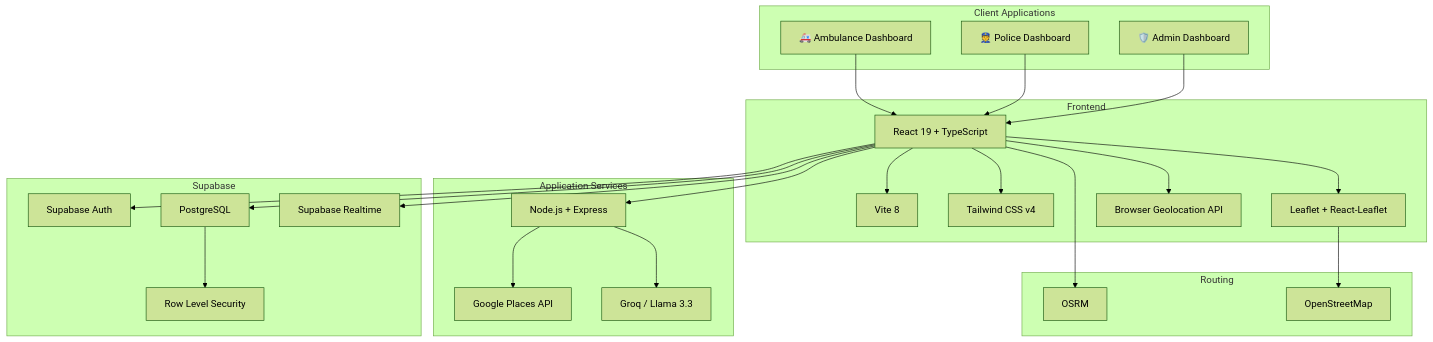
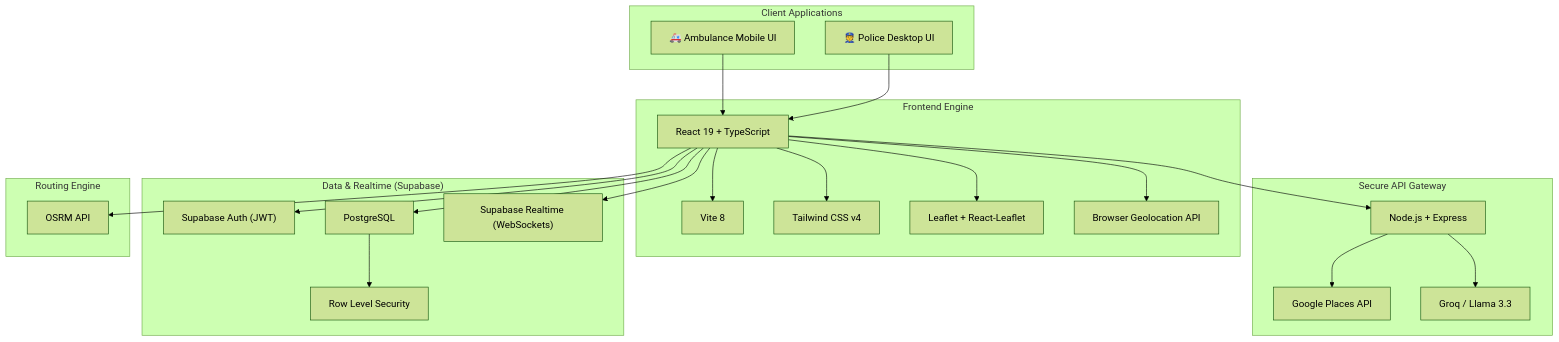
One commit to Yashr4635/AERO changed the second of 3 diagrams in README.md. Above: the diagram before and after it, drawn with Mermaid (forest theme). The commit also changed other lines of this file, not shown here.

````diff
--- a/README.md
+++ b/README.md
@@ -246,55 +111,51 @@
 ```mermaid
 flowchart TB
     subgraph CLIENT["Client Applications"]
-        AMB["🚑 Ambulance Dashboard"]
-        POL["👮 Police Dashboard"]
-        ADM["🛡️ Admin Dashboard"]
+        AMB["🚑 Ambulance Mobile UI"]
+        POL["👮 Police Desktop UI"]
     end
 
-    subgraph FRONTEND["Frontend"]
+    subgraph FRONTEND["Frontend Engine"]
         REACT["React 19 + TypeScript"]
         VITE["Vite 8"]
         TAILWIND["Tailwind CSS v4"]
         MAP["Leaflet + React-Leaflet"]
         GPS["Browser Geolocation API"]
     end
 
-    subgraph SERVER["Application Services"]
+    subgraph SERVER["Secure API Gateway"]
         EXPRESS["Node.js + Express"]
         PLACES["Google Places API"]
         GROQ["Groq / Llama 3.3"]
     end
 
-    subgraph SUPABASE["Supabase"]
-        AUTH["Supabase Auth"]
+    subgraph BACKEND["Data & Realtime (Supabase)"]
+        AUTH["Supabase Auth (JWT)"]
         DB["PostgreSQL"]
         RLS["Row Level Security"]
-        REALTIME["Supabase Realtime"]
+        REALTIME["Supabase Realtime (WebSockets)"]
     end
 
-    subgraph ROUTING["Routing"]
-        OSRM["OSRM"]
-        OSM["OpenStreetMap"]
+    subgraph ROUTING["Routing Engine"]
+        OSRM["OSRM API"]
     end
 
     AMB --> REACT
     POL --> REACT
-    ADM --> REACT
 
     REACT --> VITE
     REACT --> TAILWIND
     REACT --> MAP
     REACT --> GPS
 
     REACT --> EXPRESS
     EXPRESS --> PLACES
     EXPRESS --> GROQ
 
     REACT --> AUTH
     REACT --> DB
     REACT --> REALTIME
     DB --> RLS
 
     REACT --> OSRM
-    MAP --> OSM
 ```
````
